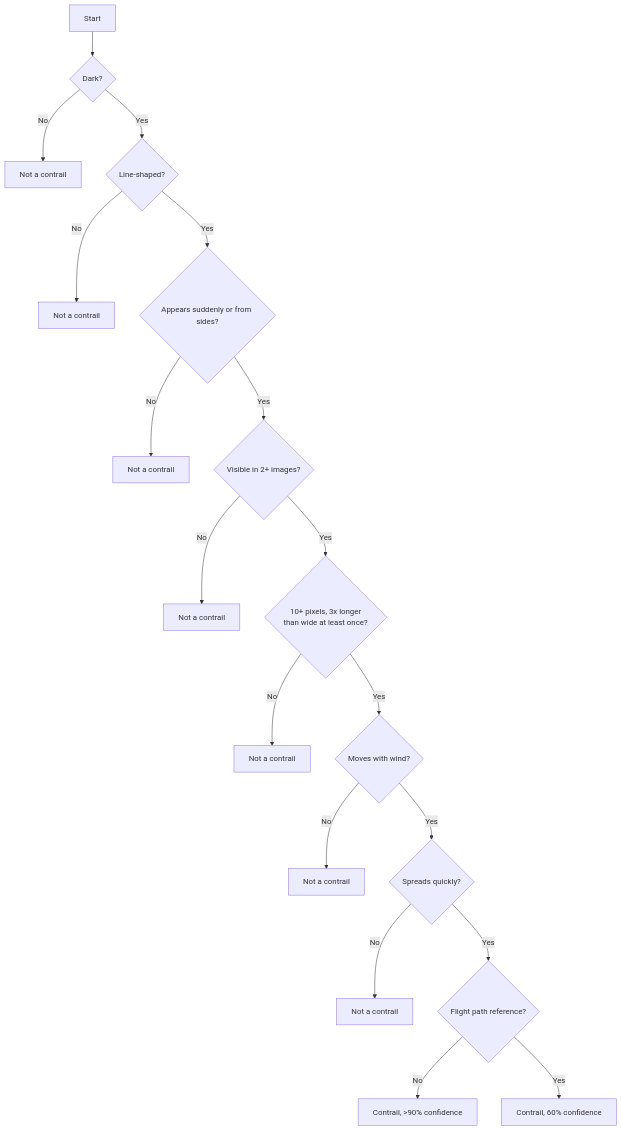
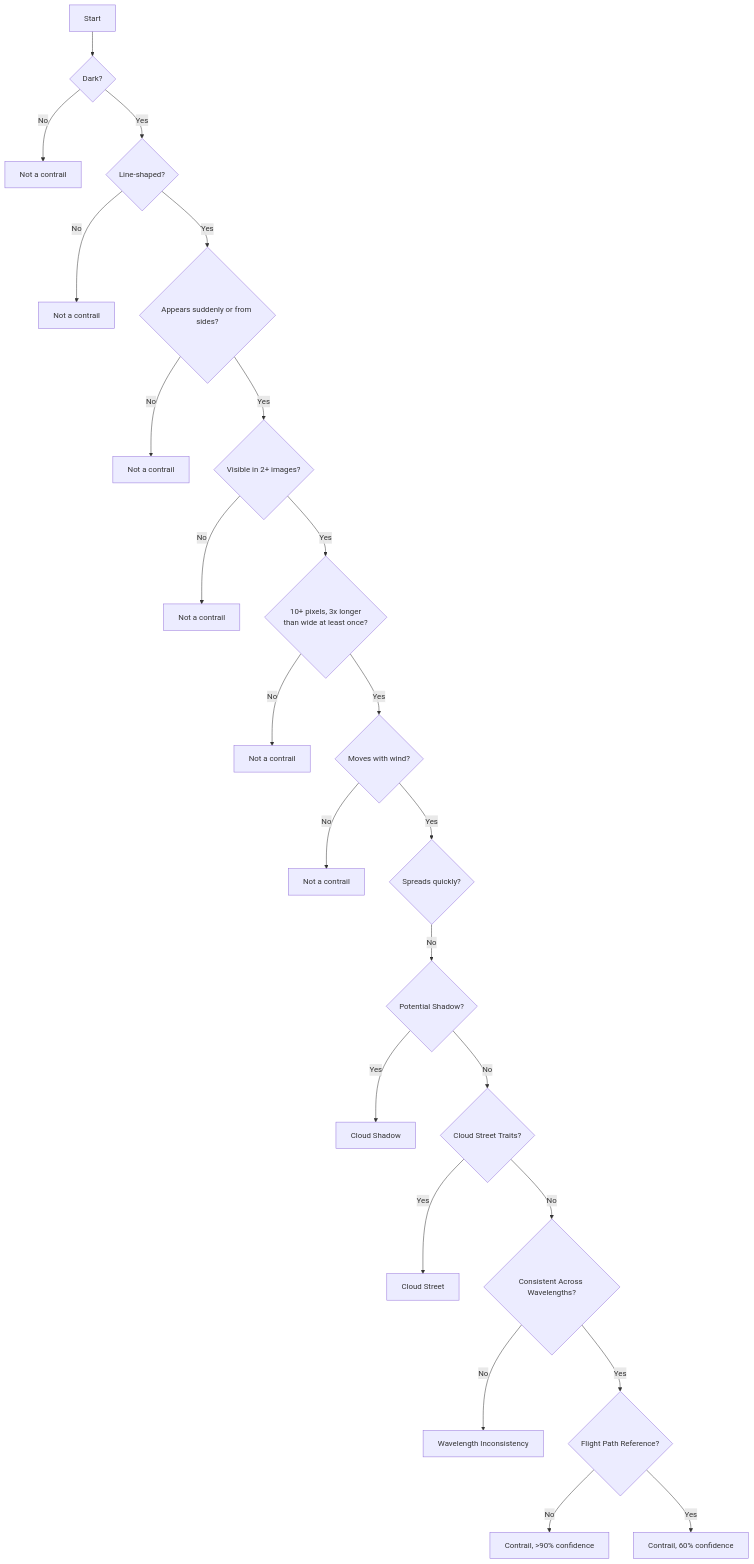
The diagram in RESEARCH.md (patmejia/contrails_vision), drawn with Mermaid before and after one commit. The commit also changed other lines of this file and 9 other files, not shown here.

````diff
--- a/RESEARCH.md
+++ b/RESEARCH.md
@@ -22,21 +24,27 @@
 ```mermaid
 graph TD
   A[Start]
   A --> B{Dark?}
   B --> |No| C1[Not a contrail]
   B --> |Yes| D{Line-shaped?}
   D --> |No| E1[Not a contrail]
   D --> |Yes| F{Appears suddenly or from sides?}
   F --> |No| G1[Not a contrail]
   F --> |Yes| H{Visible in 2+ images?}
   H --> |No| I1[Not a contrail]
   H --> |Yes| J{10+ pixels, 3x longer \n than wide at least once?}
   J --> |No| K1[Not a contrail]
   J --> |Yes| L{Moves with wind?}
   L --> |No| M1[Not a contrail]
   L --> |Yes| N{Spreads quickly?}
-  N --> |No| O1[Not a contrail]
-  N --> |Yes| P{Flight path reference?}
-  P --> |No| Q1[Contrail, >90% confidence]
-  P --> |Yes| R[Contrail, 60% confidence]
+  N --> |No| O{Potential Shadow?}
+  O --> |Yes| P1[Cloud Shadow]
+  O --> |No| Q{Cloud Street Traits?}
+  Q --> |Yes| R1[Cloud Street]
+  Q --> |No| S{Consistent Across Wavelengths?}
+  S --> |No| T1[Wavelength Inconsistency]
+  S --> |Yes| U{Flight Path Reference?}
+  U --> |No| V[Contrail, >90% confidence]
+  U --> |Yes| W[Contrail, 60% confidence]
+
 ```
````
